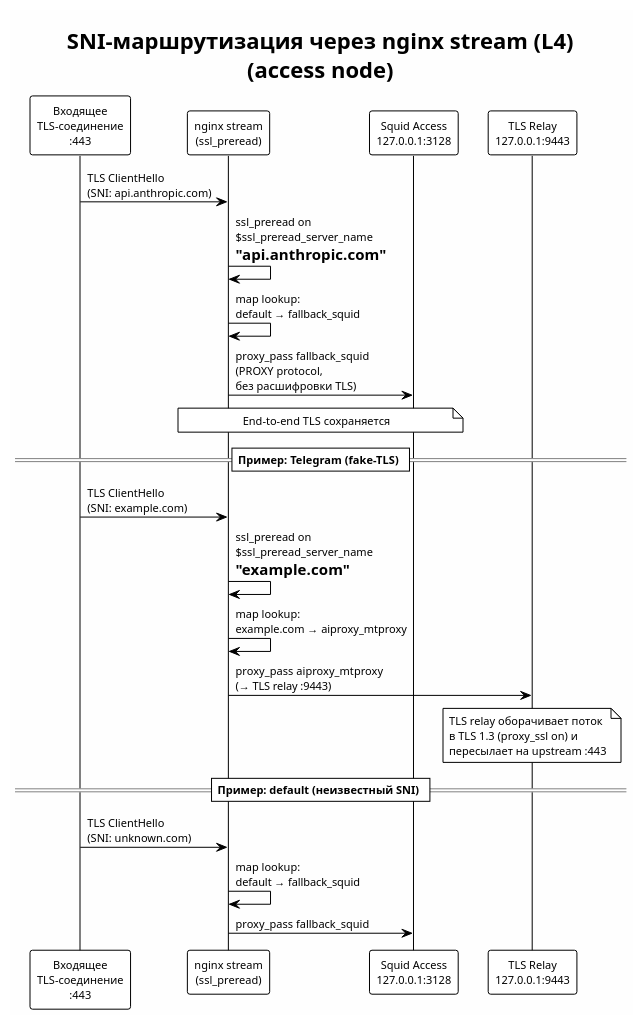
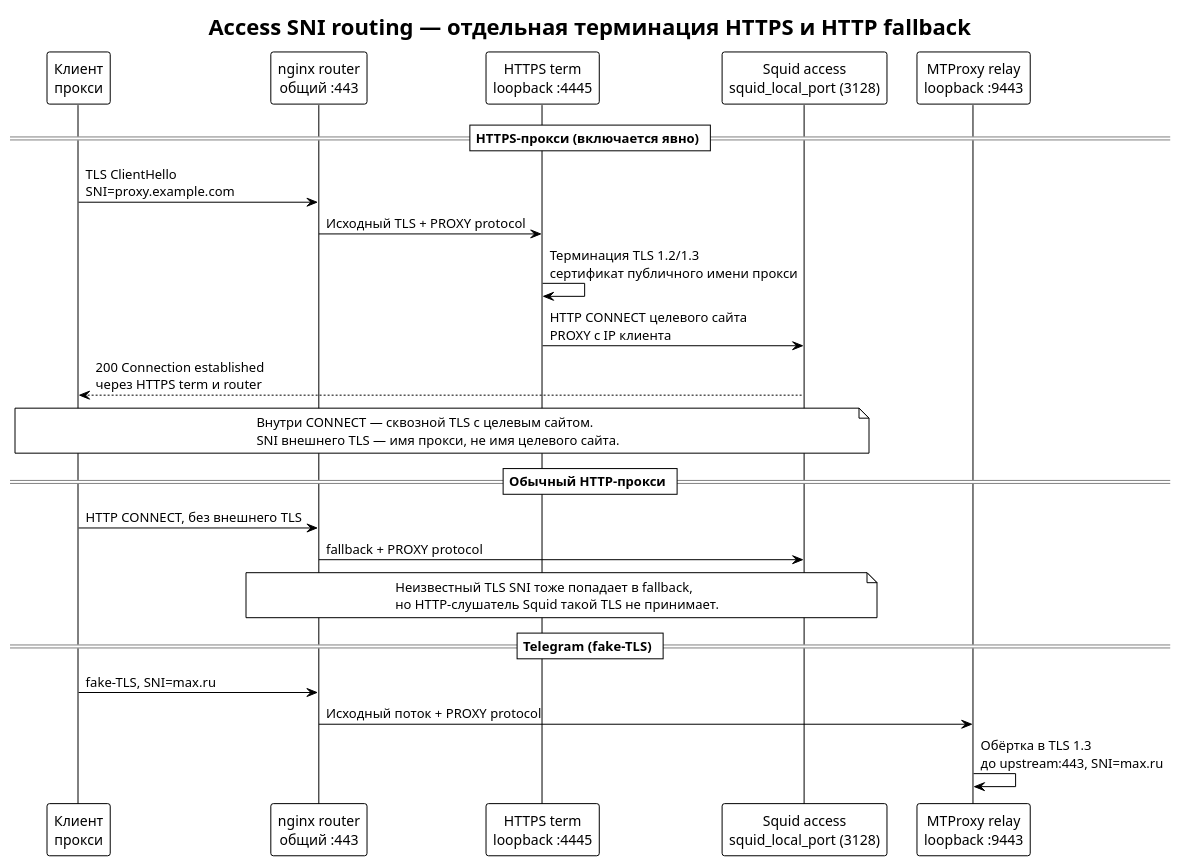
The diagram in docs/AA/ADR/diagrams/ADR-000003-sni-routing.puml (demofly/ai-proxy), drawn with PlantUML before and after one commit. The commit also changed 22 other files, not shown here.

```diff
--- a/docs/AA/ADR/diagrams/ADR-000003-sni-routing.puml
+++ b/docs/AA/ADR/diagrams/ADR-000003-sni-routing.puml
@@ -1,40 +1,34 @@
 @startuml ADR-000003-sni-routing
 !theme plain
-skinparam backgroundColor #FEFEFE
 skinparam defaultFontName "Segoe UI"
-skinparam defaultFontSize 11
+title Access SNI routing — отдельная терминация HTTPS и HTTP fallback
+participant "Клиент\nпрокси" as CLIENT
+participant "nginx router\nобщий :443" as ROUTER
+participant "HTTPS term\nloopback :4445" as HTTPS
+participant "Squid access\nsquid_local_port (3128)" as SQUID
+participant "MTProxy relay\nloopback :9443" as RELAY
 
-title SNI-маршрутизация через nginx stream (L4)\n(access node)
-
-participant "Входящее\nTLS-соединение\n:443" as tls
-participant "nginx stream\n(ssl_preread)" as nginx
-participant "Squid Access\n127.0.0.1:3128" as squid
-participant "TLS Relay\n127.0.0.1:9443" as relay
-
-tls -> nginx : TLS ClientHello\n(SNI: api.anthropic.com)
-nginx -> nginx : ssl_preread on\n$ssl_preread_server_name\n= "api.anthropic.com"
-nginx -> nginx : map lookup:\ndefault → fallback_squid
-nginx -> squid : proxy_pass fallback_squid\n(PROXY protocol,\nбез расшифровки TLS)
-
-note over nginx, squid : End-to-end TLS сохраняется
-
-== Пример: Telegram (fake-TLS) ==
-
-tls -> nginx : TLS ClientHello\n(SNI: example.com)
-nginx -> nginx : ssl_preread on\n$ssl_preread_server_name\n= "example.com"
-nginx -> nginx : map lookup:\nexample.com → aiproxy_mtproxy
-nginx -> relay : proxy_pass aiproxy_mtproxy\n(→ TLS relay :9443)
-
-note over relay
-  TLS relay оборачивает поток
-  в TLS 1.3 (proxy_ssl on) и
-  пересылает на upstream :443
+== HTTPS-прокси (включается явно) ==
+CLIENT -> ROUTER : TLS ClientHello\nSNI=proxy.example.com
+ROUTER -> HTTPS : Исходный TLS + PROXY protocol
+HTTPS -> HTTPS : Терминация TLS 1.2/1.3\nсертификат публичного имени прокси
+HTTPS -> SQUID : HTTP CONNECT целевого сайта\nPROXY с IP клиента
+SQUID --> CLIENT : 200 Connection established\nчерез HTTPS term и router
+note over CLIENT, SQUID
+  Внутри CONNECT — сквозной TLS с целевым сайтом.
+  SNI внешнего TLS — имя прокси, не имя целевого сайта.
 end note
 
-== Пример: default (неизвестный SNI) ==
+== Обычный HTTP-прокси ==
+CLIENT -> ROUTER : HTTP CONNECT, без внешнего TLS
+ROUTER -> SQUID : fallback + PROXY protocol
+note over ROUTER, SQUID
+  Неизвестный TLS SNI тоже попадает в fallback,
+  но HTTP-слушатель Squid такой TLS не принимает.
+end note
 
-tls -> nginx : TLS ClientHello\n(SNI: unknown.com)
-nginx -> nginx : map lookup:\ndefault → fallback_squid
-nginx -> squid : proxy_pass fallback_squid
-
+== Telegram (fake-TLS) ==
+CLIENT -> ROUTER : fake-TLS, SNI=max.ru
+ROUTER -> RELAY : Исходный поток + PROXY protocol
+RELAY -> RELAY : Обёртка в TLS 1.3\nдо upstream:443, SNI=max.ru
 @enduml
```
